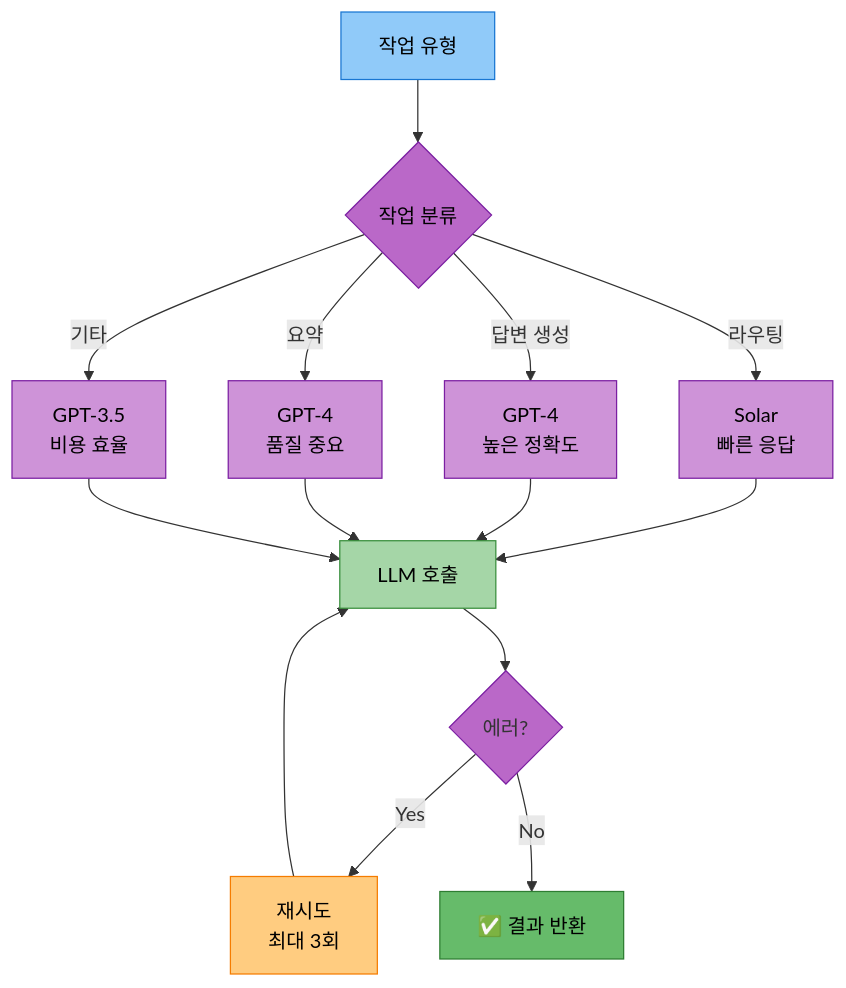
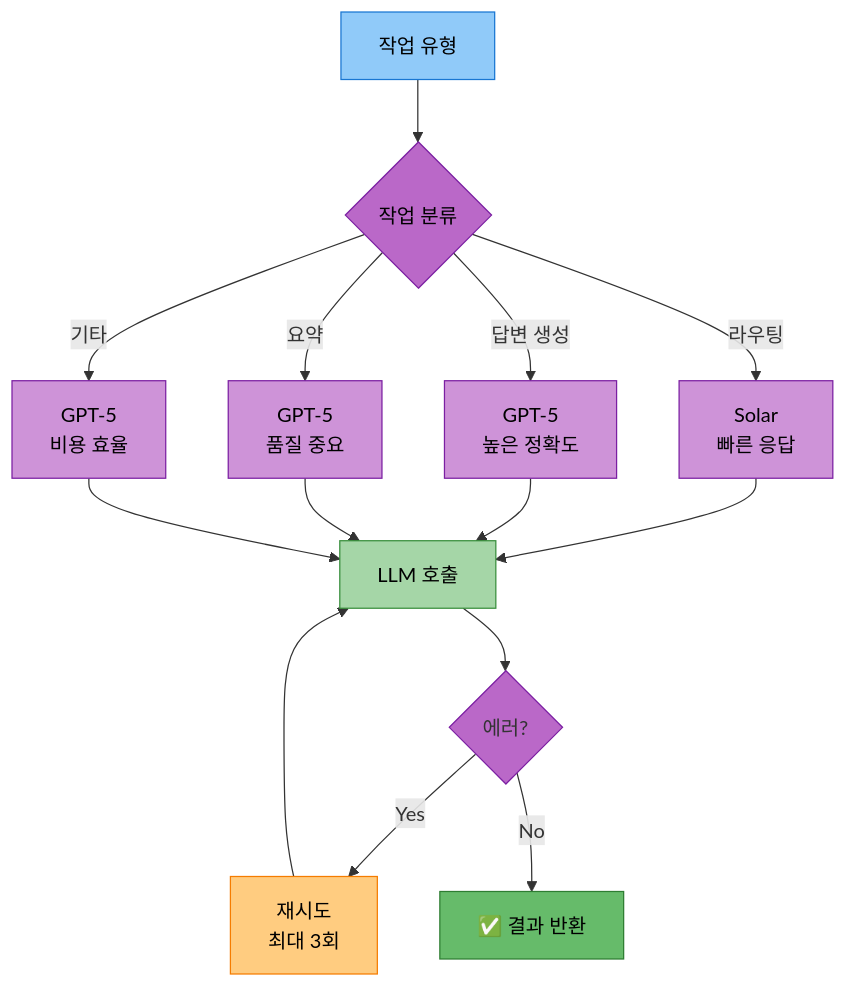
The second of 3 diagrams in docs/roles/담당역할_01_최현화_AI_Agent_메인.md (AIBootcamp14/langchainproject-new-langchainproject_5), drawn with Mermaid before and after one commit. The commit also changed other lines of this file and 19 other files, not shown here.

````diff
--- a/docs/roles/담당역할_01_최현화_AI_Agent_메인.md
+++ b/docs/roles/담당역할_01_최현화_AI_Agent_메인.md
@@ -915,30 +915,30 @@
 ```mermaid
 graph TB
     A[작업 유형] --> B{작업 분류}
 
     B -->|라우팅| C[Solar<br/>빠른 응답]
-    B -->|답변 생성| D[GPT-4<br/>높은 정확도]
-    B -->|요약| E[GPT-4<br/>품질 중요]
-    B -->|기타| F[GPT-3.5<br/>비용 효율]
+    B -->|답변 생성| D[GPT-5<br/>높은 정확도]
+    B -->|요약| E[GPT-5<br/>품질 중요]
+    B -->|기타| F[GPT-5<br/>비용 효율]
 
     C --> G[LLM 호출]
     D --> G
     E --> G
     F --> G
 
     G --> H{에러?}
     H -->|Yes| I[재시도<br/>최대 3회]
     H -->|No| J[✅ 결과 반환]
     I --> G
 
     style A fill:#90caf9,stroke:#1976d2,color:#000
     style B fill:#ba68c8,stroke:#7b1fa2,color:#000
     style C fill:#ce93d8,stroke:#7b1fa2,color:#000
     style D fill:#ce93d8,stroke:#7b1fa2,color:#000
     style E fill:#ce93d8,stroke:#7b1fa2,color:#000
     style F fill:#ce93d8,stroke:#7b1fa2,color:#000
     style G fill:#a5d6a7,stroke:#388e3c,color:#000
     style H fill:#ba68c8,stroke:#7b1fa2
     style I fill:#ffcc80,stroke:#f57c00,color:#000
     style J fill:#66bb6a,stroke:#2e7d32,color:#000
 ```
````
